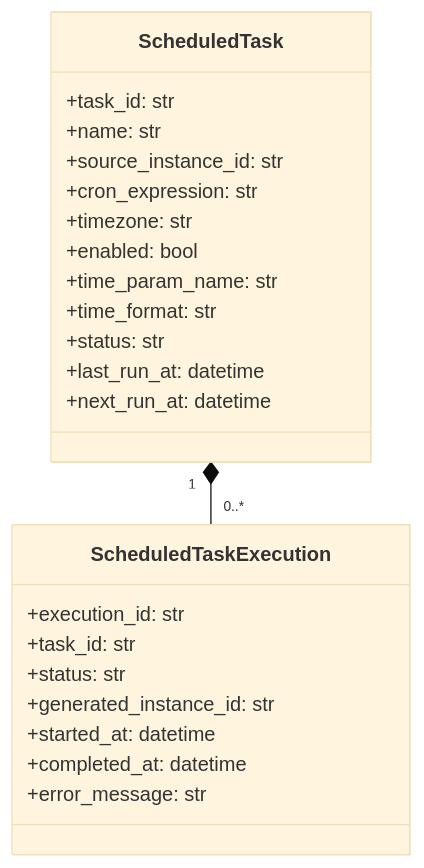
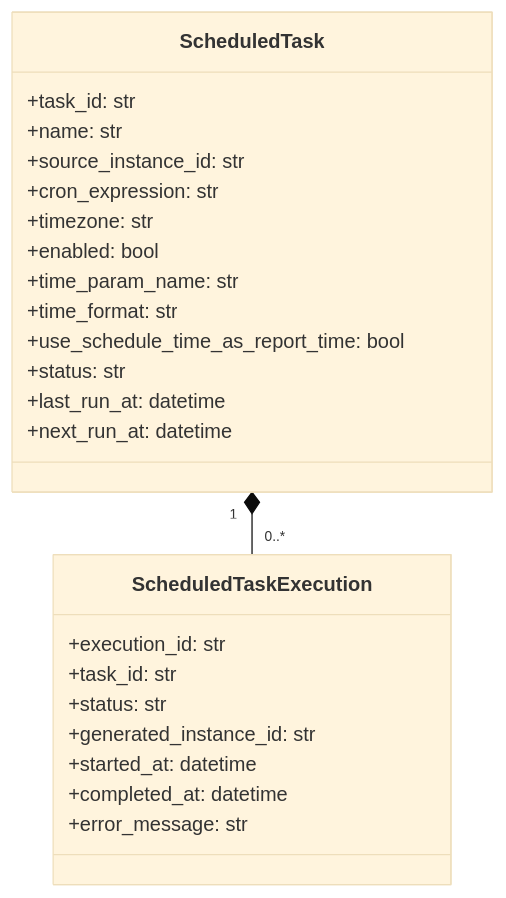
The first of 2 diagrams in design/design_scheduler.md (shel447/ReportSystem), drawn with Mermaid (base theme) before and after one commit. The commit also changed other lines of this file and 34 other files, not shown here.

````diff
--- a/design/design_scheduler.md
+++ b/design/design_scheduler.md
@@ -11,28 +11,29 @@
 ```mermaid
 classDiagram
     class ScheduledTask {
         +task_id: str
         +name: str
         +source_instance_id: str
         +cron_expression: str
         +timezone: str
         +enabled: bool
         +time_param_name: str
         +time_format: str
+        +use_schedule_time_as_report_time: bool
         +status: str
         +last_run_at: datetime
         +next_run_at: datetime
     }
     
     class ScheduledTaskExecution {
         +execution_id: str
         +task_id: str
         +status: str
         +generated_instance_id: str
         +started_at: datetime
         +completed_at: datetime
         +error_message: str
     }
     
     ScheduledTask "1" *-- "0..*" ScheduledTaskExecution
 ```
````
